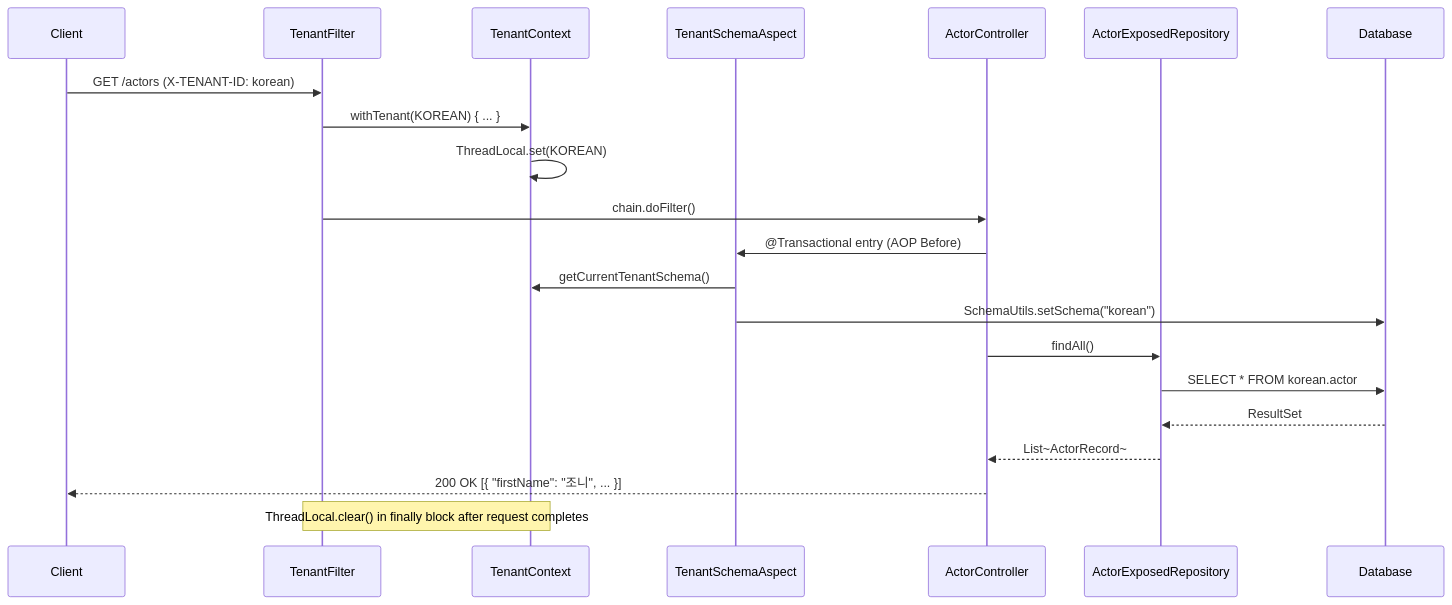
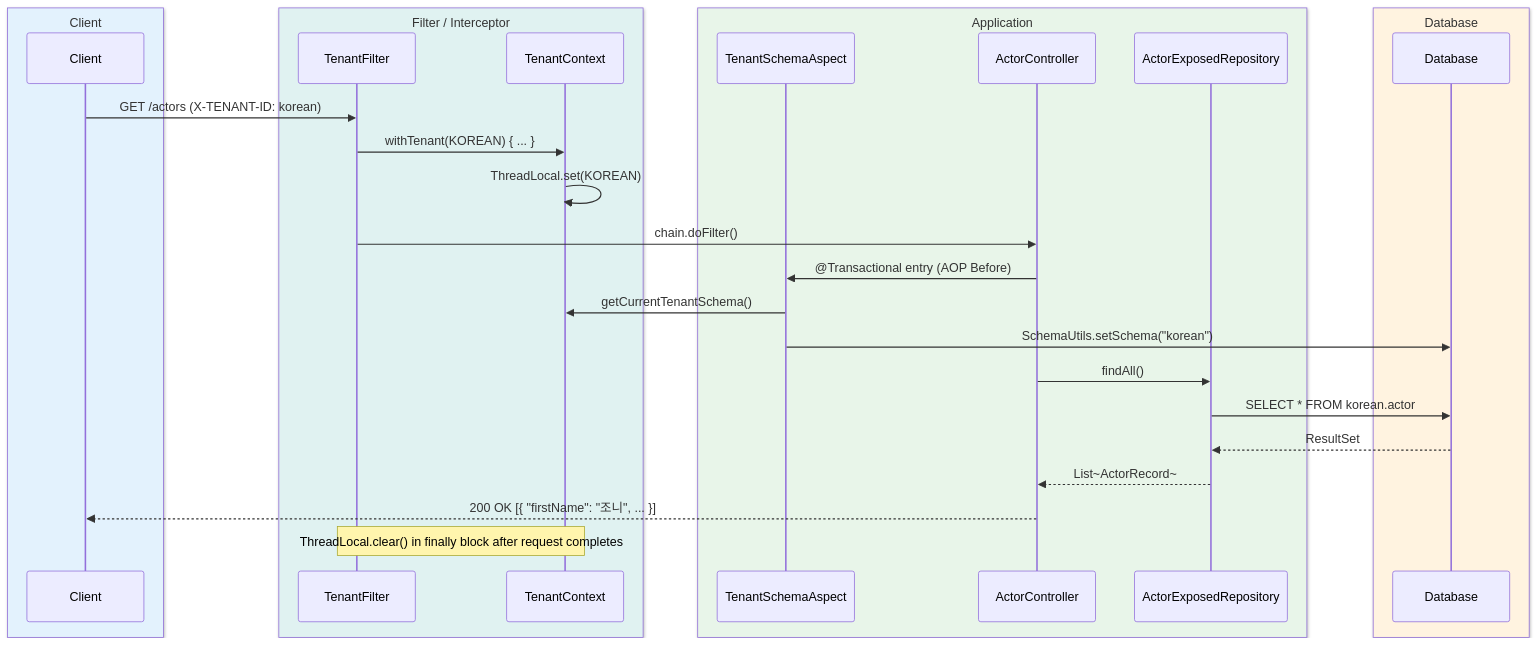
The fourth of 4 diagrams in 10-multi-tenant/01-multitenant-spring-web/README.md (bluetape4k/exposed-workshop), drawn with Mermaid before and after one commit. The commit also changed 43 other files, not shown here.

First line of the commit message:
docs: sequence diagram에 box rgb() 파스텔 영역 적용

````diff
--- a/10-multi-tenant/01-multitenant-spring-web/README.md
+++ b/10-multi-tenant/01-multitenant-spring-web/README.md
@@ -195,28 +195,36 @@
 ```mermaid
-%%{init: {"theme": "neutral", "themeVariables": {"fontFamily": "'Comic Mono', 'goorm sans code', 'JetBrains Mono', 'goorm sans'", "actorBkg": "#E3F2FD", "actorBorder": "#90CAF9", "actorTextColor": "#1565C0", "actorLineColor": "#90CAF9", "activationBkgColor": "#E8F5E9", "activationBorderColor": "#A5D6A7", "labelBoxBkgColor": "#FFF3E0", "labelBoxBorderColor": "#FFCC80", "labelTextColor": "#E65100", "loopTextColor": "#6A1B9A", "noteBkgColor": "#F3E5F5", "noteBorderColor": "#CE93D8", "noteTextColor": "#6A1B9A", "signalColor": "#1565C0", "signalTextColor": "#1565C0"}}}%%
+%%{init: {"theme": "neutral", "themeVariables": {"fontFamily": "'Comic Mono', 'goorm sans code', 'JetBrains Mono', 'goorm sans'"}}}%%
 sequenceDiagram
-    participant Client
-    participant TenantFilter
-    participant TenantContext
-    participant TenantSchemaAspect
-    participant ActorController
-    participant ActorExposedRepository
-    participant Database
+    box rgb(227, 242, 253) Client
+        participant Client
+    end
+    box rgb(224, 242, 241) Filter / Interceptor
+        participant TenantFilter
+        participant TenantContext
+    end
+    box rgb(232, 245, 233) Application
+        participant TenantSchemaAspect
+        participant ActorController
+        participant ActorExposedRepository
+    end
+    box rgb(255, 243, 224) Database
+        participant Database
+    end
 
     Client->>TenantFilter: GET /actors (X-TENANT-ID: korean)
     TenantFilter->>TenantContext: withTenant(KOREAN) { ... }
     TenantContext->>TenantContext: ThreadLocal.set(KOREAN)
 
     TenantFilter->>ActorController: chain.doFilter()
     ActorController->>TenantSchemaAspect: @Transactional entry (AOP Before)
     TenantSchemaAspect->>TenantContext: getCurrentTenantSchema()
     TenantSchemaAspect->>Database: SchemaUtils.setSchema("korean")
 
     ActorController->>ActorExposedRepository: findAll()
     ActorExposedRepository->>Database: SELECT * FROM korean.actor
     Database-->>ActorExposedRepository: ResultSet
     ActorExposedRepository-->>ActorController: List~ActorRecord~
     ActorController-->>Client: 200 OK [{ "firstName": "조니", ... }]
 
     Note over TenantFilter,TenantContext: ThreadLocal.clear() in finally block after request completes
 ```
````
